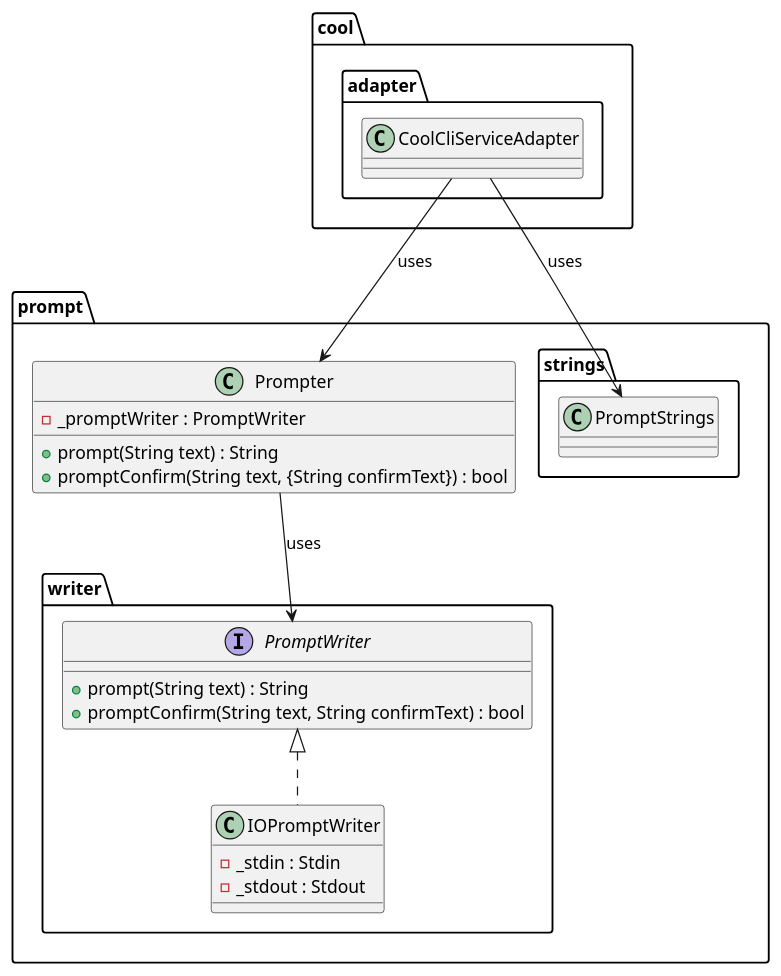
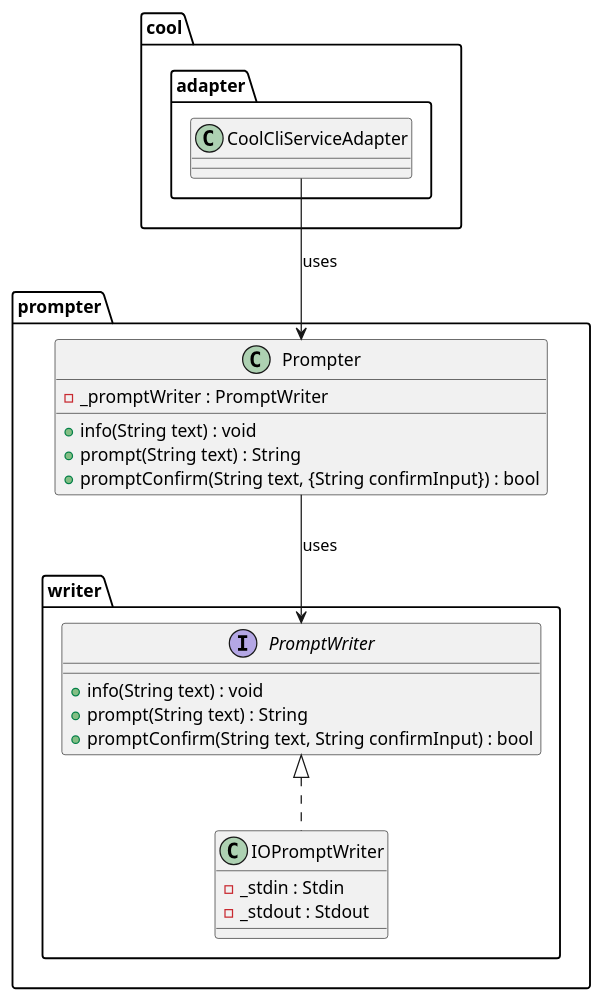
The diagram in metrics/cli/docs/diagrams/prompt_class_diagram.puml (Flank/flank-dashboard), drawn with PlantUML before and after one commit. The commit also changed 6 other files, not shown here.

Commit message:
[WIP] Update CLI design diagrams

```diff
--- a/metrics/cli/docs/diagrams/prompt_class_diagram.puml
+++ b/metrics/cli/docs/diagrams/prompt_class_diagram.puml
@@ -1,38 +1,33 @@
 @startuml prompt_class_diagram
 
-package prompt {
+package prompter {
     package writer {
         interface PromptWriter {
+            + info(String text) : void
             + prompt(String text) : String
-            + promptConfirm(String text, String confirmText) : bool
+            + promptConfirm(String text, String confirmInput) : bool
         }
 
-        class IOPromptWriter implements PromptWriter{
+        class IOPromptWriter implements PromptWriter {
             - _stdin : Stdin
             - _stdout : Stdout
         }
     }
 
-    package strings {
-        class PromptStrings{}
-    }
-
     class Prompter {
         - _promptWriter : PromptWriter
+        + info(String text) : void
         + prompt(String text) : String
-        + promptConfirm(String text, {String confirmText}) : bool
+        + promptConfirm(String text, {String confirmInput}) : bool
     }
 }
 
 package cool.adapter {
-    class CoolCliServiceAdapter {
-
-    }
+    class CoolCliServiceAdapter {}
 }
 
 Prompter --> PromptWriter : uses
 
 CoolCliServiceAdapter --> Prompter : uses
-CoolCliServiceAdapter --> PromptStrings : uses
 
 @enduml
```
